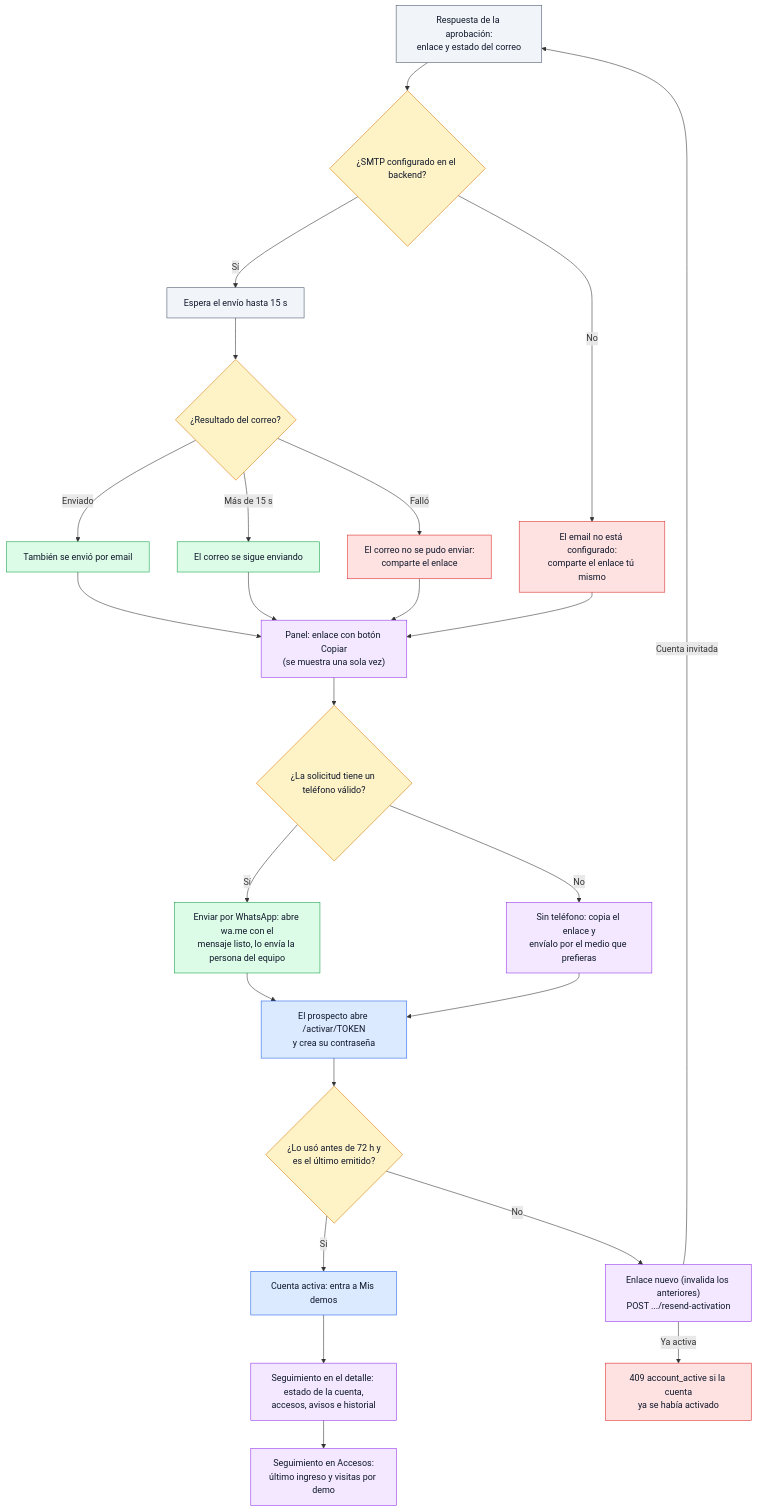
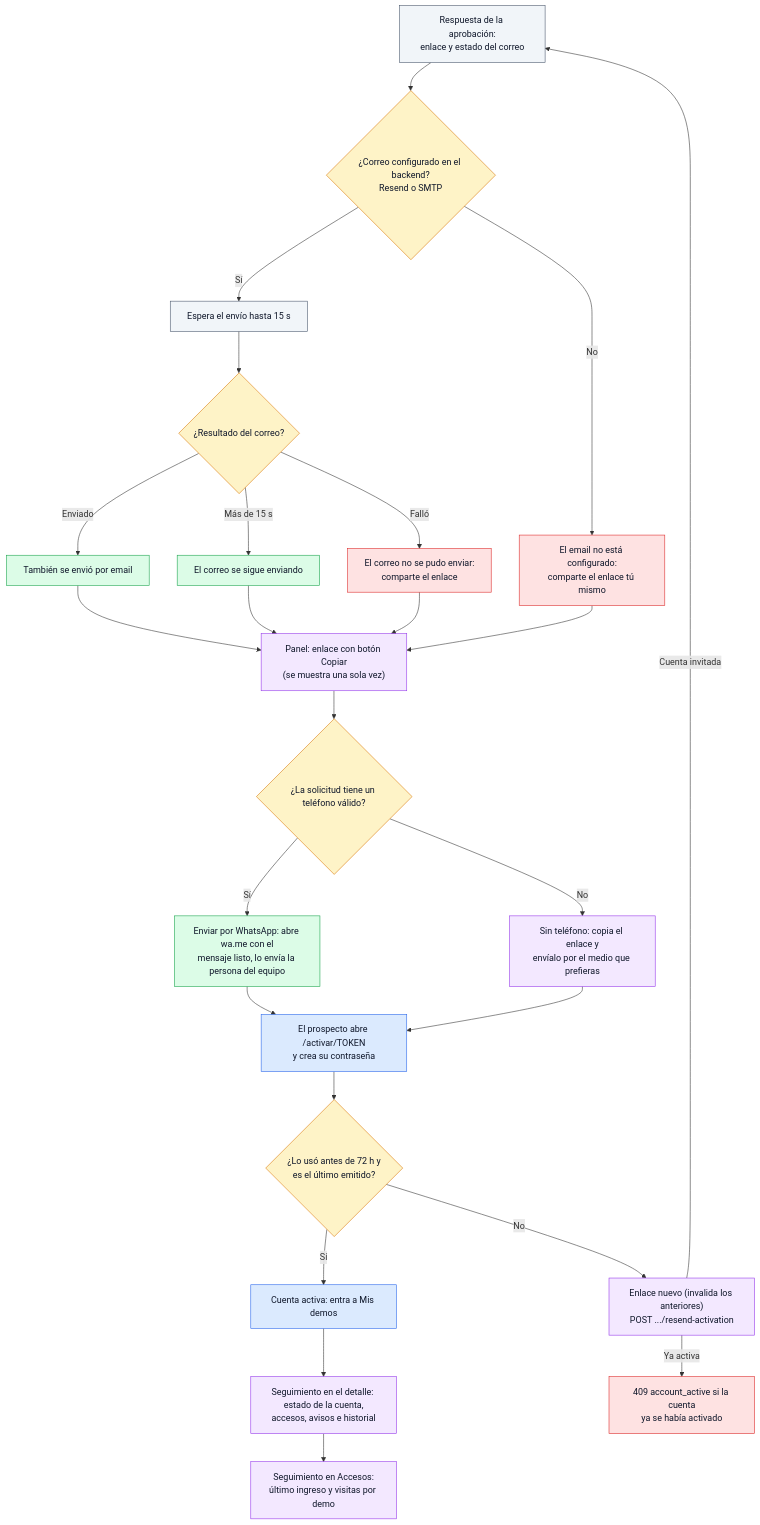
The second of 24 diagrams in docs/wiki/Doc-14-2-Flujos-de-Administracion-y-Operacion.md (ronalc90/koptup), drawn with Mermaid before and after one commit. The commit also changed other lines of this file and 45 other files, not shown here.

````diff
--- a/docs/wiki/Doc-14-2-Flujos-de-Administracion-y-Operacion.md
+++ b/docs/wiki/Doc-14-2-Flujos-de-Administracion-y-Operacion.md
@@ -120,49 +121,49 @@
 ```mermaid
 flowchart TD
     classDef visitante fill:#dbeafe,stroke:#2563eb,color:#0f172a
     classDef sistema fill:#f1f5f9,stroke:#475569,color:#0f172a
     classDef admin fill:#f3e8ff,stroke:#9333ea,color:#0f172a
     classDef aviso fill:#dcfce7,stroke:#16a34a,color:#0f172a
     classDef decision fill:#fef3c7,stroke:#d97706,color:#0f172a
     classDef error fill:#fee2e2,stroke:#dc2626,color:#0f172a
     classDef externo fill:#fdf4ff,stroke:#c026d3,color:#0f172a
 
     B1["Respuesta de la aprobación:<br/>enlace y estado del correo"]:::sistema
-    D1{"¿SMTP configurado en el backend?"}:::decision
+    D1{"¿Correo configurado en el backend?<br/>Resend o SMTP"}:::decision
     B2["Espera el envío hasta 15 s"]:::sistema
     D2{"¿Resultado del correo?"}:::decision
     N1["También se envió por email"]:::aviso
     N2["El correo se sigue enviando"]:::aviso
     E1["El correo no se pudo enviar:<br/>comparte el enlace"]:::error
     E2["El email no está configurado:<br/>comparte el enlace tú mismo"]:::error
     B3["Panel: enlace con botón Copiar<br/>(se muestra una sola vez)"]:::admin
     D3{"¿La solicitud tiene un teléfono válido?"}:::decision
     N3["Enviar por WhatsApp: abre wa.me con el<br/>mensaje listo, lo envía la persona del equipo"]:::aviso
     B4["Sin teléfono: copia el enlace y<br/>envíalo por el medio que prefieras"]:::admin
     P1["El prospecto abre /activar/TOKEN<br/>y crea su contraseña"]:::visitante
     D4{"¿Lo usó antes de 72 h y<br/>es el último emitido?"}:::decision
     P2["Cuenta activa: entra a Mis demos"]:::visitante
     B5["Enlace nuevo (invalida los anteriores)<br/>POST .../resend-activation"]:::admin
     E3["409 account_active si la cuenta<br/>ya se había activado"]:::error
     B6["Seguimiento en el detalle: estado de la cuenta,<br/>accesos, avisos e historial"]:::admin
     B7["Seguimiento en Accesos:<br/>último ingreso y visitas por demo"]:::admin
 
     B1 --> D1
     D1 -->|"Sí"| B2 --> D2
     D2 -->|"Enviado"| N1
     D2 -->|"Más de 15 s"| N2
     D2 -->|"Falló"| E1
     D1 -->|"No"| E2
     N1 --> B3
     N2 --> B3
     E1 --> B3
     E2 --> B3
     B3 --> D3
     D3 -->|"Sí"| N3 --> P1
     D3 -->|"No"| B4 --> P1
     P1 --> D4
     D4 -->|"Sí"| P2 --> B6 --> B7
     D4 -->|"No"| B5
     B5 -->|"Cuenta invitada"| B1
     B5 -->|"Ya activa"| E3
 ```
````
